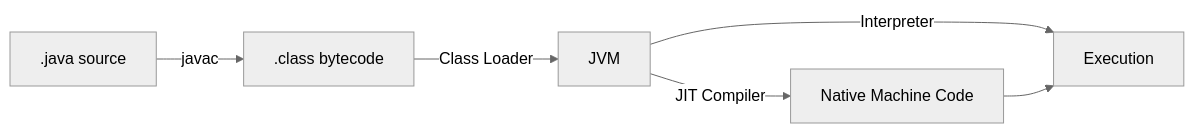
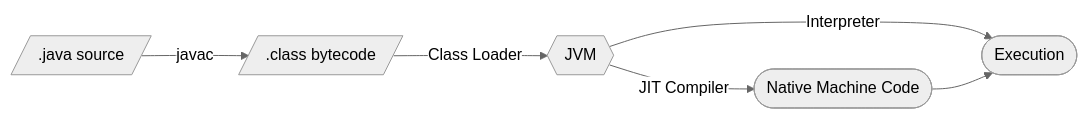
Before and after one commit to saivamsikaruturi/vamsilabs-dev-notes-main: the second of 2 diagrams in docs/java/ecosystem.md, drawn with Mermaid (neutral theme). The commit also changed other lines of this file and 146 other files, not shown here.

Commit message:
Horizontal diagrams, UML class diagrams, typography overhaul, and permalink cleanup

````diff
--- a/docs/java/ecosystem.md
+++ b/docs/java/ecosystem.md
@@ -43,8 +43,8 @@
 ```mermaid
-graph LR
-    A[".java source"] -->|javac| B[".class bytecode"]
-    B -->|Class Loader| C["JVM"]
-    C -->|Interpreter| D["Execution"]
-    C -->|JIT Compiler| E["Native Machine Code"]
+flowchart LR
+    A[/".java source"/] -->|javac| B[/".class bytecode"/]
+    B -->|Class Loader| C{{"JVM"}}
+    C -->|Interpreter| D(["Execution"])
+    C -->|JIT Compiler| E(["Native Machine Code"])
     E --> D
 ```
````
